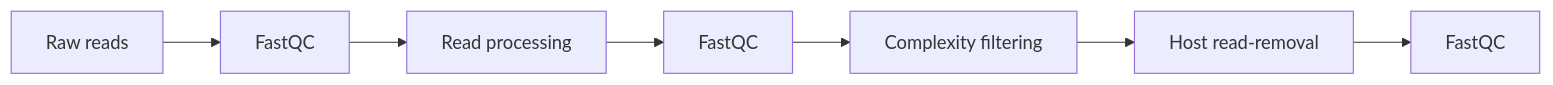
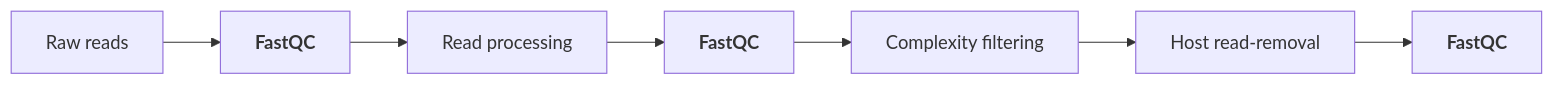
The diagram in docs/workflow/preprocessing.md (Joon-Klaps/viralgenie), drawn with Mermaid before and after one commit. The commit also changed other lines of this file and 5 other files, not shown here.

````diff
--- a/docs/workflow/preprocessing.md
+++ b/docs/workflow/preprocessing.md
@@ -18,9 +18,9 @@
 ```mermaid
 graph LR;
-    A[Raw reads] --> B[FastQC];
+    A[Raw reads] --> B["`**FastQC**`"];
     B --> C[Read processing];
-    C --> D[FastQC];
+    C --> D["`**FastQC**`"];
     D --> E[Complexity filtering];
     E --> G[Host read-removal];
-    G --> H[FastQC];
+    G --> H["`**FastQC**`"];
 ```
````
